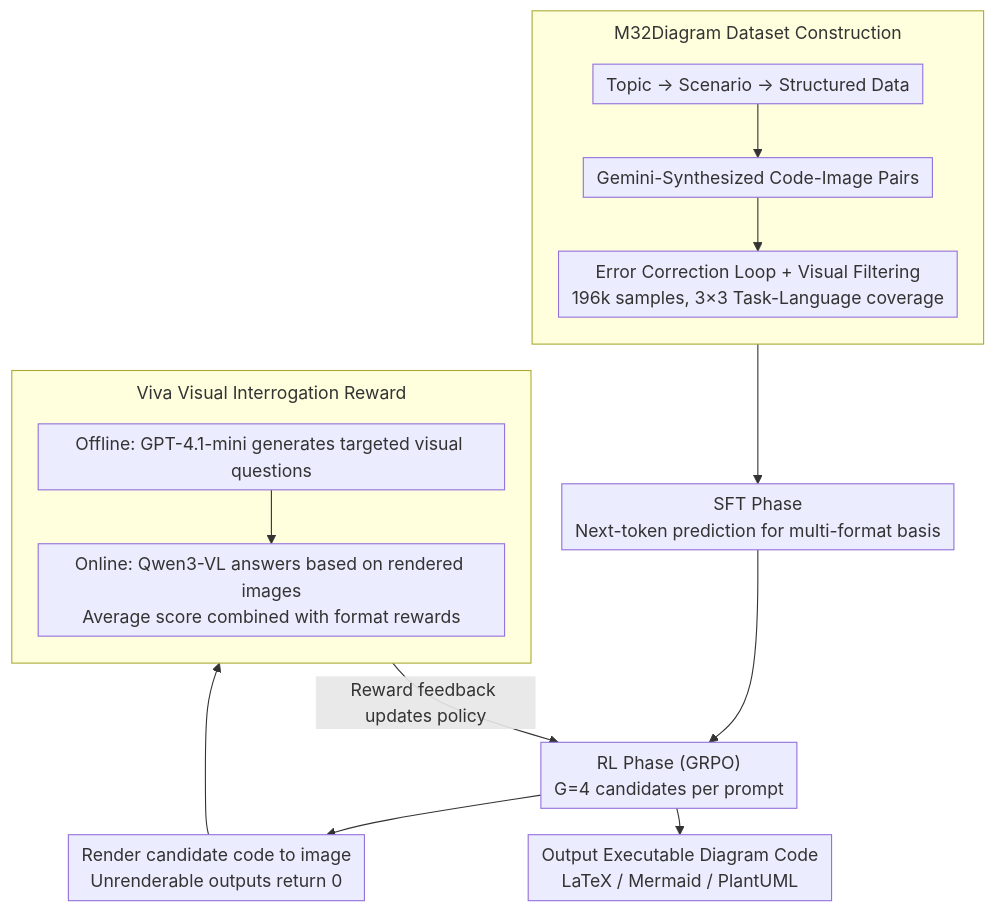
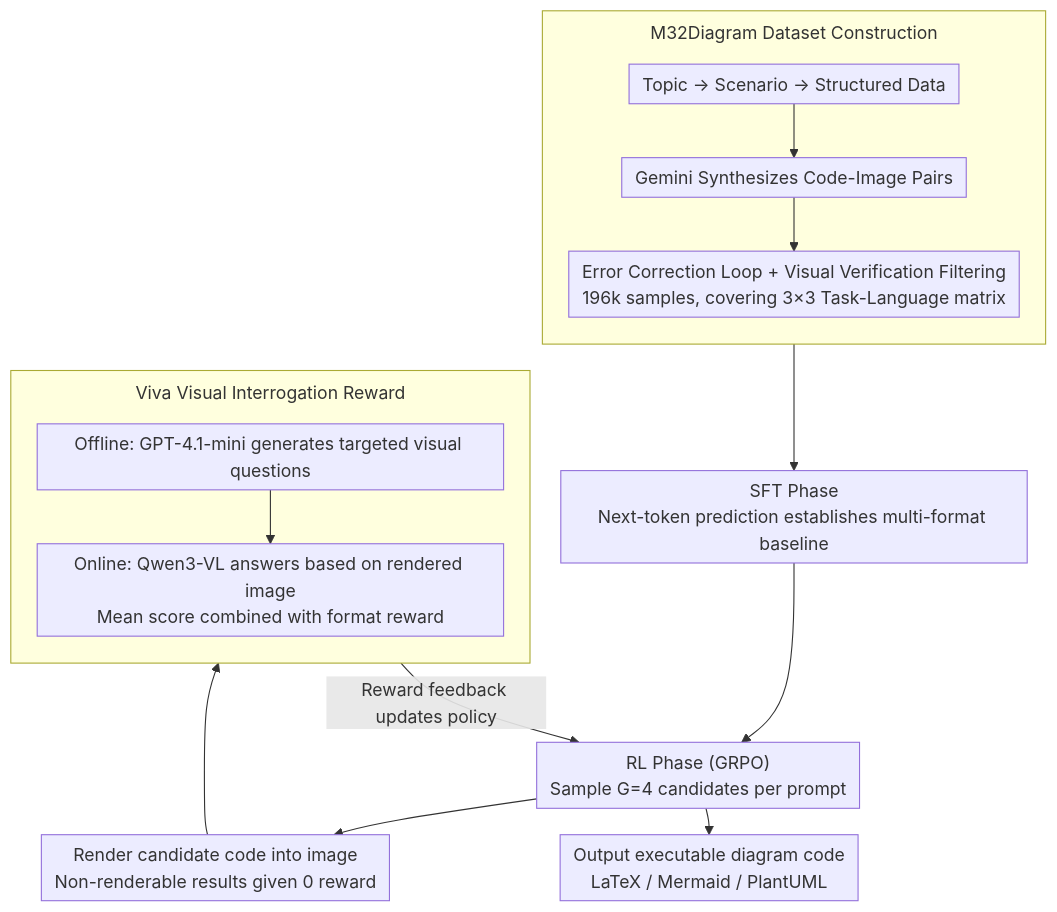
One commit to zhaoyang97/Paper-Notes-en changed the diagram in docs/ACL2026/code_intelligence/omnidiagram_advancing_unified_diagram_code_generation_via_visual_interrogation_r.md. Above: the diagram before and after it, drawn with Mermaid. The commit also changed other lines of this file and 5084 other files, not shown here.

````diff
--- a/docs/ACL2026/code_intelligence/omnidiagram_advancing_unified_diagram_code_generation_via_visual_interrogation_r.md
+++ b/docs/ACL2026/code_intelligence/omnidiagram_advancing_unified_diagram_code_generation_via_visual_interrogation_r.md
@@ -45,21 +45,21 @@
 ```mermaid
 %%{init: {'flowchart': {'rankSpacing': 24, 'nodeSpacing': 28, 'padding': 6, 'wrappingWidth': 400, 'subGraphTitleMargin': {'top': 8, 'bottom': 16}}}}%%
 flowchart TD
     subgraph DATA["M32Diagram Dataset Construction"]
         direction TB
-        A["Topic → Scenario → Structured Data"] --> B["Gemini-Synthesized Code-Image Pairs"]
-        B --> C["Error Correction Loop + Visual Filtering<br/>196k samples, 3×3 Task-Language coverage"]
+        A["Topic → Scenario → Structured Data"] --> B["Gemini Synthesizes Code-Image Pairs"]
+        B --> C["Error Correction Loop + Visual Verification Filtering<br/>196k samples, covering 3×3 Task-Language matrix"]
     end
-    DATA --> SFT["SFT Phase<br/>Next-token prediction for multi-format basis"]
-    SFT --> RL["RL Phase (GRPO)<br/>G=4 candidates per prompt"]
-    RL --> REN["Render candidate code to image<br/>Unrenderable outputs return 0"]
+    DATA --> SFT["SFT Phase<br/>Next-token prediction establishes multi-format baseline"]
+    SFT --> RL["RL Phase (GRPO)<br/>Sample G=4 candidates per prompt"]
+    RL --> REN["Render candidate code into image<br/>Non-renderable results given 0 reward"]
     subgraph VIVA["Viva Visual Interrogation Reward"]
         direction TB
         Q["Offline: GPT-4.1-mini generates targeted visual questions"]
-        ANS["Online: Qwen3-VL answers based on rendered images<br/>Average score combined with format rewards"]
+        ANS["Online: Qwen3-VL answers based on rendered image<br/>Mean score combined with format reward"]
         Q --> ANS
     end
     REN --> VIVA
     VIVA -->|Reward feedback updates policy| RL
-    RL --> OUT["Output Executable Diagram Code<br/>LaTeX / Mermaid / PlantUML"]
+    RL --> OUT["Output executable diagram code<br/>LaTeX / Mermaid / PlantUML"]
 ```
````
